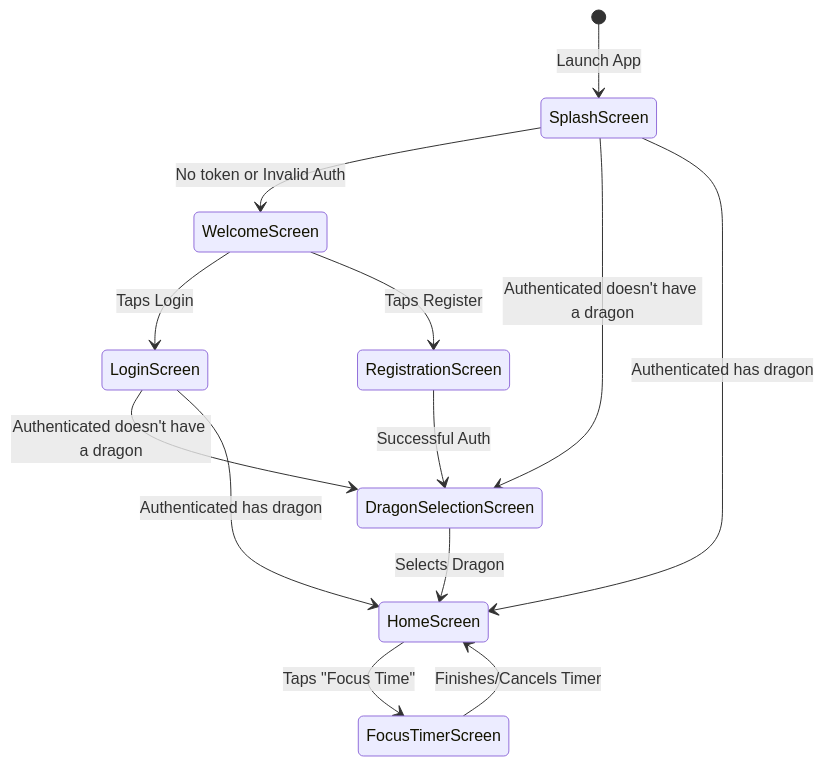
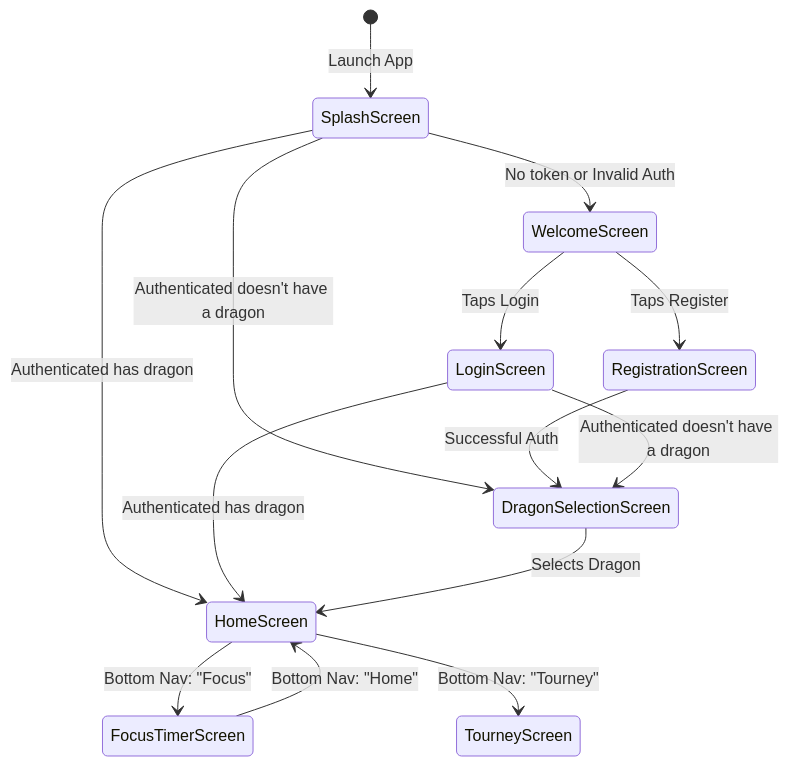
One commit to james-t-larson/book-dragon-client changed the second of 3 diagrams in docs/overview.md. Above: the diagram before and after it, drawn with Mermaid. The commit also changed other lines of this file and 7 other files, not shown here.

First line of the commit message:
docs: update technical specifications and diagrams for Tourney Hall

````diff
--- a/docs/overview.md
+++ b/docs/overview.md
@@ -28,20 +28,21 @@
 ```mermaid
 stateDiagram-v2
     [*] --> SplashScreen: Launch App
 
     SplashScreen --> WelcomeScreen: No token or Invalid Auth
     SplashScreen --> DragonSelectionScreen: Authenticated doesn't have a dragon
     SplashScreen --> HomeScreen: Authenticated has dragon
 
     WelcomeScreen --> LoginScreen: Taps Login
     WelcomeScreen --> RegistrationScreen: Taps Register
 
     RegistrationScreen --> DragonSelectionScreen: Successful Auth
     LoginScreen --> DragonSelectionScreen: Authenticated doesn't have a dragon
     LoginScreen --> HomeScreen: Authenticated has dragon
 
     DragonSelectionScreen --> HomeScreen: Selects Dragon
 
-    HomeScreen --> FocusTimerScreen: Taps "Focus Time"
-    FocusTimerScreen --> HomeScreen: Finishes/Cancels Timer
+    HomeScreen --> FocusTimerScreen: Bottom Nav: "Focus"
+    HomeScreen --> TourneyScreen: Bottom Nav: "Tourney"
+    FocusTimerScreen --> HomeScreen: Bottom Nav: "Home"
 ```
````
